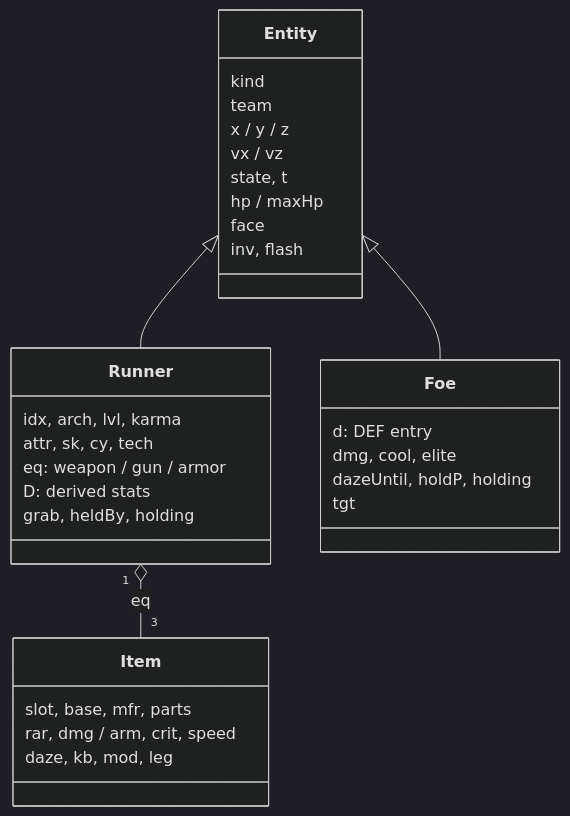
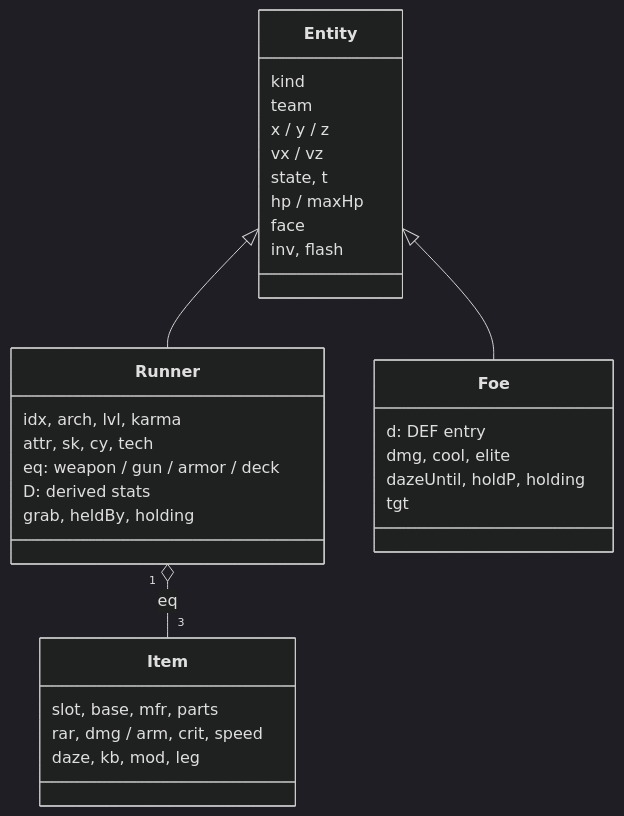
Before and after one commit to CptNope/Cyber-City-Tactics: the third of 3 diagrams in docs/wiki/Architecture.md, drawn with Mermaid (dark theme). The commit also changed 24 other files, not shown here.

````diff
--- a/docs/wiki/Architecture.md
+++ b/docs/wiki/Architecture.md
@@ -80,34 +80,34 @@
 ```mermaid
 classDiagram
   class Entity {
     kind
     team
     x / y / z
     vx / vz
     state, t
     hp / maxHp
     face
     inv, flash
   }
   class Runner {
     idx, arch, lvl, karma
     attr, sk, cy, tech
-    eq: weapon / gun / armor
+    eq: weapon / gun / armor / deck
     D: derived stats
     grab, heldBy, holding
   }
   class Foe {
     d: DEF entry
     dmg, cool, elite
     dazeUntil, holdP, holding
     tgt
   }
   class Item {
     slot, base, mfr, parts
     rar, dmg / arm, crit, speed
     daze, kb, mod, leg
   }
   Entity <|-- Runner
   Entity <|-- Foe
   Runner "1" o-- "3" Item : eq
 ```
````
